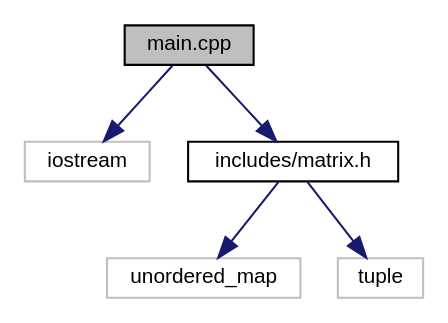
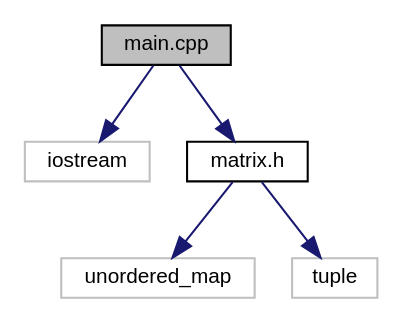
Before and after one commit to ZhangNicholas/matrix: the diagram in main_8cpp__incl.dot, drawn with Graphviz. The commit also changed 21 other files, not shown here.

```diff
--- a/main_8cpp__incl.dot
+++ b/main_8cpp__incl.dot
@@ -1,14 +1,14 @@
 digraph "main.cpp"
 {
   edge [fontname="Helvetica",fontsize="10",labelfontname="Helvetica",labelfontsize="10"];
   node [fontname="Helvetica",fontsize="10",shape=record];
   Node1 [label="main.cpp",height=0.2,width=0.4,color="black", fillcolor="grey75", style="filled", fontcolor="black"];
   Node1 -> Node2 [color="midnightblue",fontsize="10",style="solid",fontname="Helvetica"];
   Node2 [label="iostream",height=0.2,width=0.4,color="grey75", fillcolor="white", style="filled"];
   Node1 -> Node3 [color="midnightblue",fontsize="10",style="solid",fontname="Helvetica"];
-  Node3 [label="includes/matrix.h",height=0.2,width=0.4,color="black", fillcolor="white", style="filled",URL="$matrix_8h.html"];
+  Node3 [label="matrix.h",height=0.2,width=0.4,color="black", fillcolor="white", style="filled",URL="$matrix_8h.html"];
   Node3 -> Node4 [color="midnightblue",fontsize="10",style="solid",fontname="Helvetica"];
   Node4 [label="unordered_map",height=0.2,width=0.4,color="grey75", fillcolor="white", style="filled"];
   Node3 -> Node5 [color="midnightblue",fontsize="10",style="solid",fontname="Helvetica"];
   Node5 [label="tuple",height=0.2,width=0.4,color="grey75", fillcolor="white", style="filled"];
 }
```
